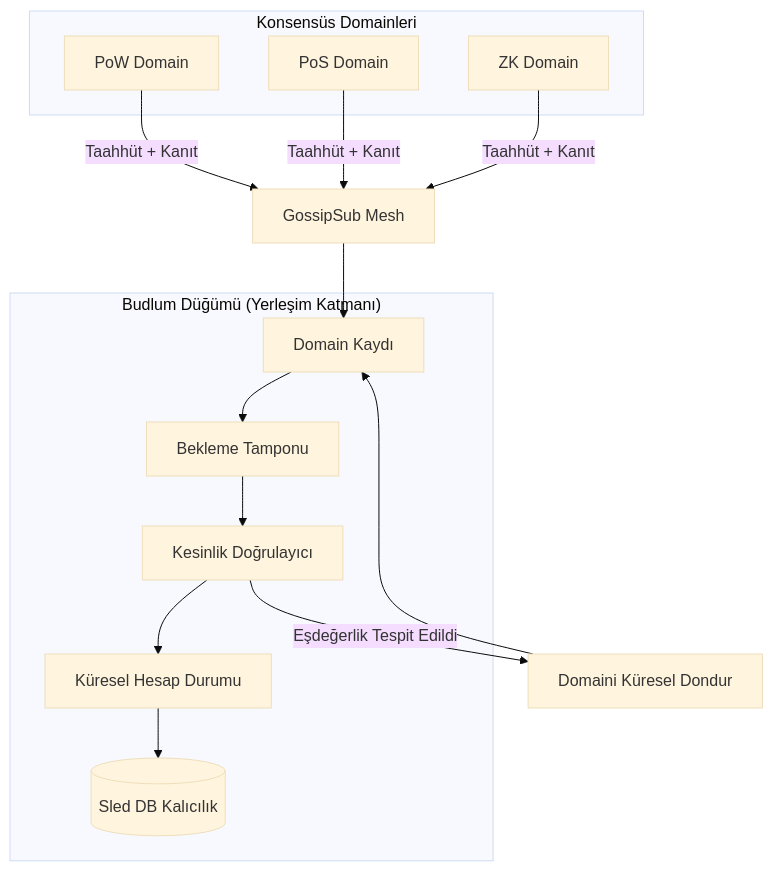
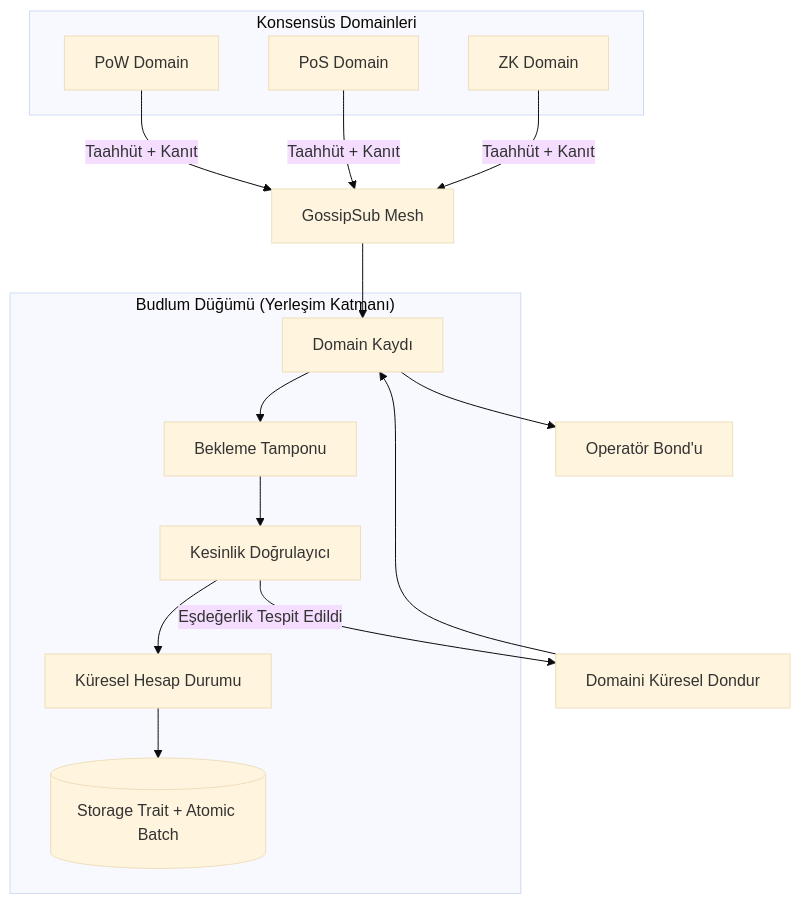
The diagram in docs/tr/02_settlement_test_matrix.md (Budlum/Budlum), drawn with Mermaid (base theme) before and after one commit. The commit also changed other lines of this file and 48 other files, not shown here.

````diff
--- a/docs/tr/02_settlement_test_matrix.md
+++ b/docs/tr/02_settlement_test_matrix.md
@@ -19,29 +19,30 @@
 ```mermaid
 graph TD
     subgraph "Konsensüs Domainleri"
         D1[PoW Domain]
         D2[PoS Domain]
         D3[ZK Domain]
     end
 
     subgraph "Budlum Düğümü (Yerleşim Katmanı)"
         Registry[Domain Kaydı]
         Buffer[Bekleme Tamponu]
         Verifier[Kesinlik Doğrulayıcı]
         State[Küresel Hesap Durumu]
-        Storage[(Sled DB Kalıcılık)]
+        Storage[(Storage Trait + Atomic Batch)]
     end
 
     D1 -- "Taahhüt + Kanıt" --> P2P[GossipSub Mesh]
     D2 -- "Taahhüt + Kanıt" --> P2P
     D3 -- "Taahhüt + Kanıt" --> P2P
 
     P2P --> Registry
     Registry --> Buffer
     Buffer --> Verifier
     Verifier --> State
     State --> Storage
 
     Verifier -- "Eşdeğerlik Tespit Edildi" --> Freeze[Domaini Küresel Dondur]
     Freeze --> Registry
+    Registry --> Bond[Operatör Bond'u]
 ```
````
